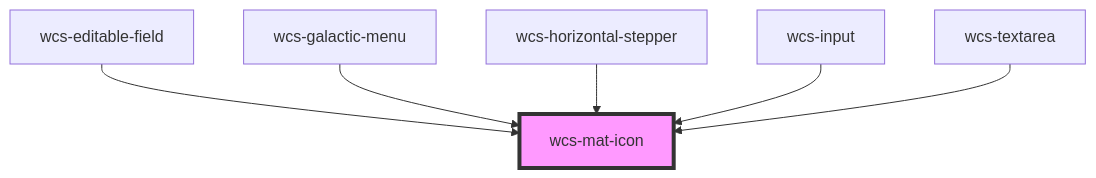
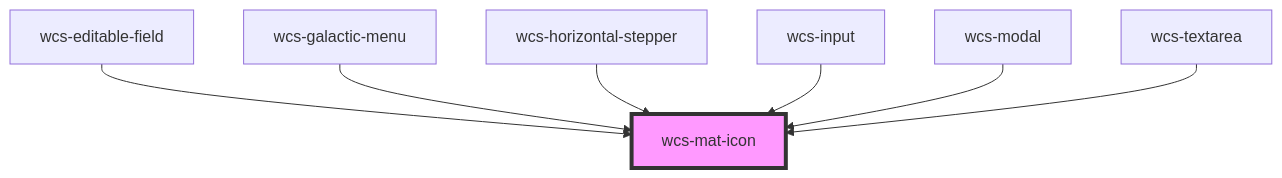
One commit to SNCFdevelopers/wcs changed the diagram in src/components/mat-icon/readme.md. Above: the diagram before and after it, drawn with Mermaid. The commit also changed other lines of this file and 3 other files, not shown here.

````diff
--- a/src/components/mat-icon/readme.md
+++ b/src/components/mat-icon/readme.md
@@ -26,9 +27,10 @@
 ```mermaid
 graph TD;
   wcs-editable-field --> wcs-mat-icon
   wcs-galactic-menu --> wcs-mat-icon
   wcs-horizontal-stepper --> wcs-mat-icon
   wcs-input --> wcs-mat-icon
+  wcs-modal --> wcs-mat-icon
   wcs-textarea --> wcs-mat-icon
   style wcs-mat-icon fill:#f9f,stroke:#333,stroke-width:4px
 ```
````
